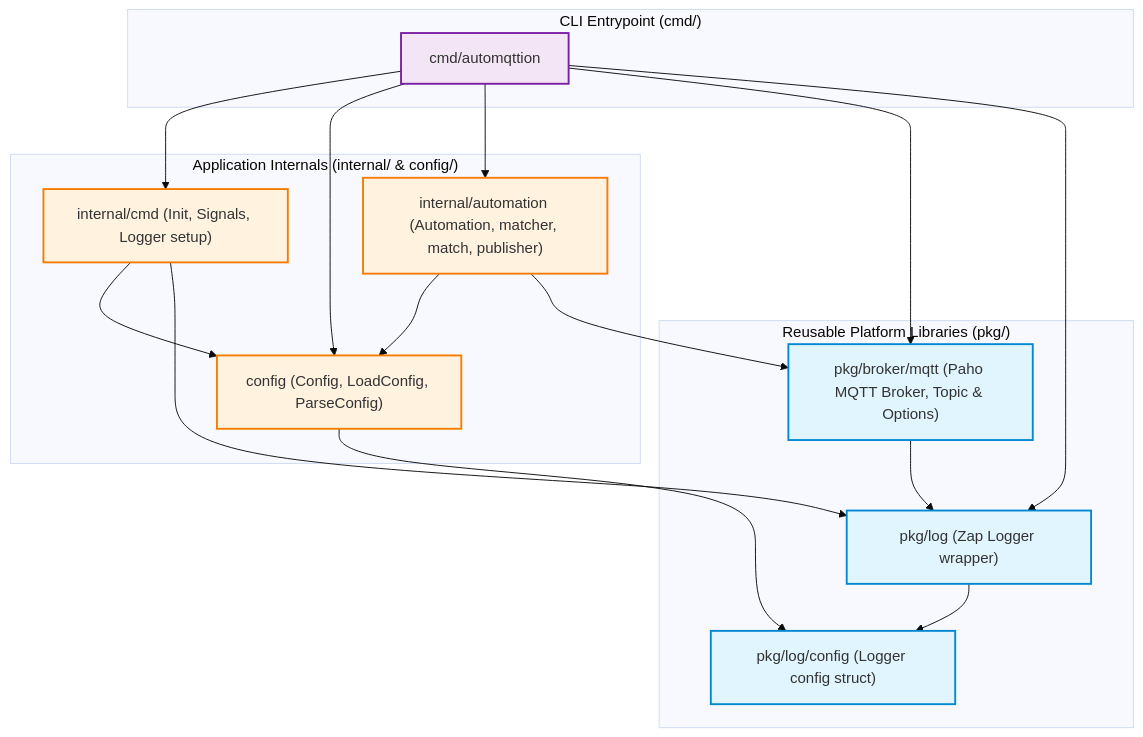
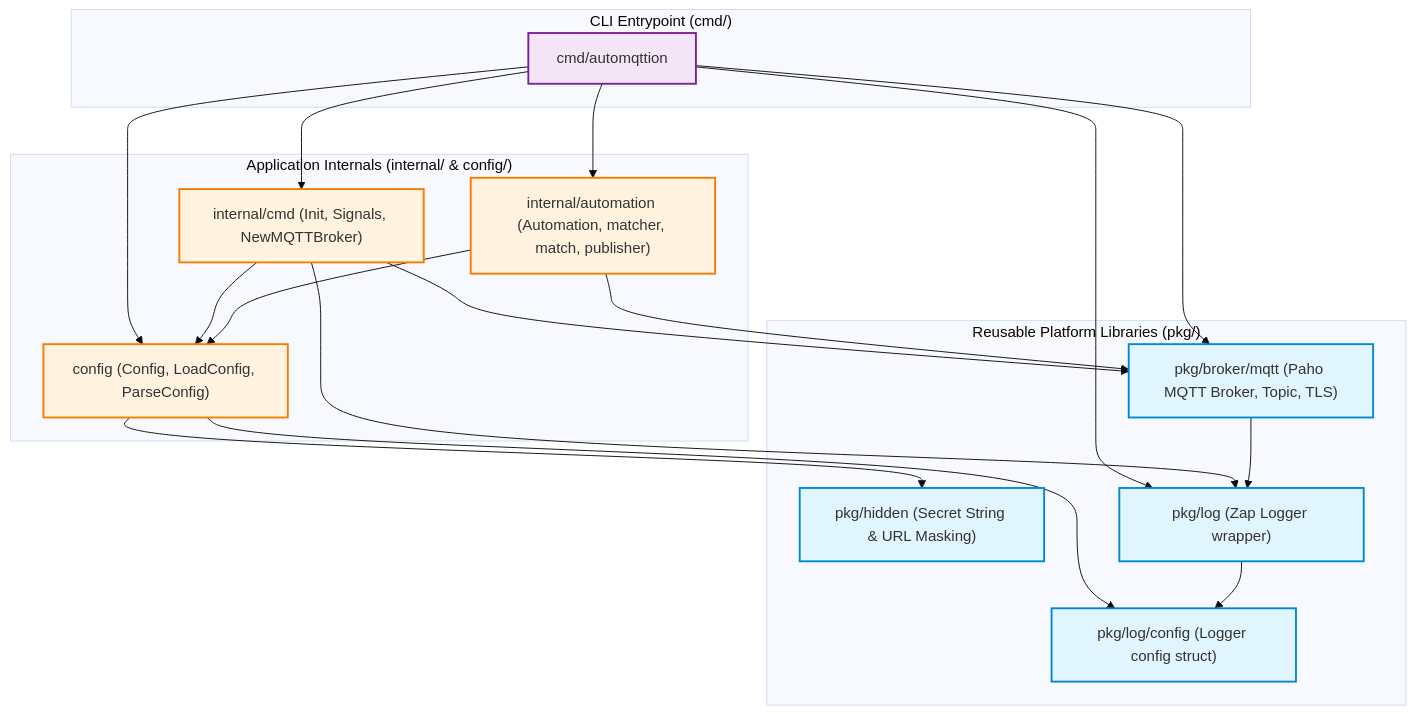
The first of 3 diagrams in docs/ARCHITECTURE.md (MyChaOS87/automqttion), drawn with Mermaid (base theme) before and after one commit. The commit also changed other lines of this file and 17 other files, not shown here.

Commit message:
feat(build): harden CLI exit codes, cross-compile container, and bump Helm chart to 0.1.0

````diff
--- a/docs/ARCHITECTURE.md
+++ b/docs/ARCHITECTURE.md
@@ -12,44 +12,47 @@
 ```mermaid
 flowchart TD
     subgraph CLI["CLI Entrypoint (cmd/)"]
         cmdEntry["cmd/automqttion"]
     end
 
     subgraph Internal["Application Internals (internal/ & config/)"]
         cfg["config (Config, LoadConfig, ParseConfig)"]
-        cmdInit["internal/cmd (Init, Signals, Logger setup)"]
+        cmdInit["internal/cmd (Init, Signals, NewMQTTBroker)"]
         auto["internal/automation (Automation, matcher, match, publisher)"]
     end
 
     subgraph Pkg["Reusable Platform Libraries (pkg/)"]
-        mqttPkg["pkg/broker/mqtt (Paho MQTT Broker, Topic & Options)"]
+        mqttPkg["pkg/broker/mqtt (Paho MQTT Broker, Topic, TLS)"]
+        hiddenPkg["pkg/hidden (Secret String & URL Masking)"]
         logPkg["pkg/log (Zap Logger wrapper)"]
         logCfg["pkg/log/config (Logger config struct)"]
     end
 
     cmdEntry --> cmdInit
     cmdEntry --> cfg
     cmdEntry --> auto
     cmdEntry --> mqttPkg
     cmdEntry --> logPkg
 
     cmdInit --> cfg
+    cmdInit --> mqttPkg
     cmdInit --> logPkg
 
     auto --> cfg
     auto --> mqttPkg
 
+    cfg --> hiddenPkg
     cfg --> logCfg
 
     mqttPkg --> logPkg
 
     logPkg --> logCfg
 
     classDef pkgClass fill:#e1f5fe,stroke:#0288d1,stroke-width:2px;
     classDef internalClass fill:#fff3e0,stroke:#f57c00,stroke-width:2px;
     classDef cliClass fill:#f3e5f5,stroke:#7b1fa2,stroke-width:2px;
 
     class cmdEntry cliClass;
     class cfg,cmdInit,auto internalClass;
-    class mqttPkg,logPkg,logCfg pkgClass;
+    class mqttPkg,hiddenPkg,logPkg,logCfg pkgClass;
 ```
````
